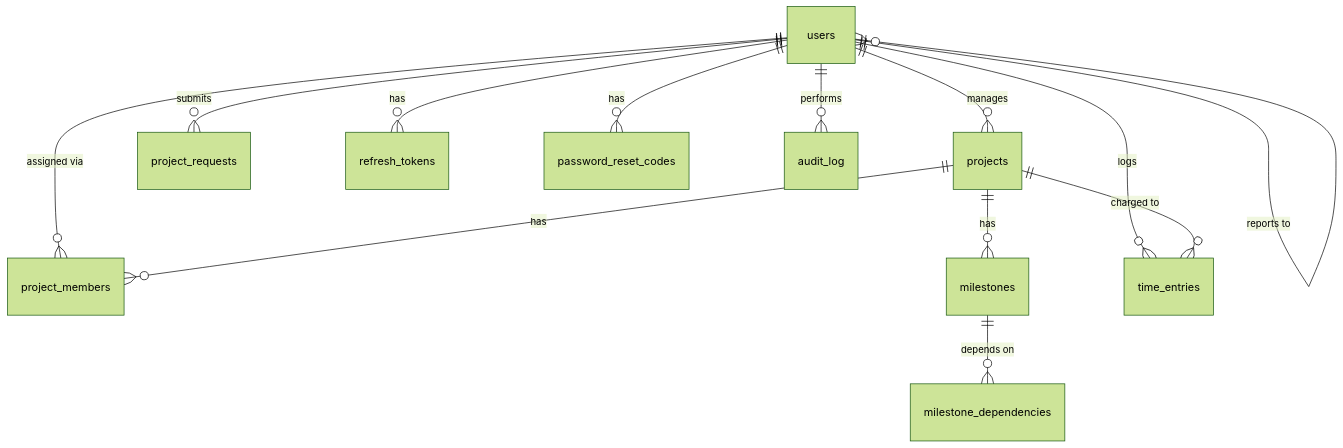
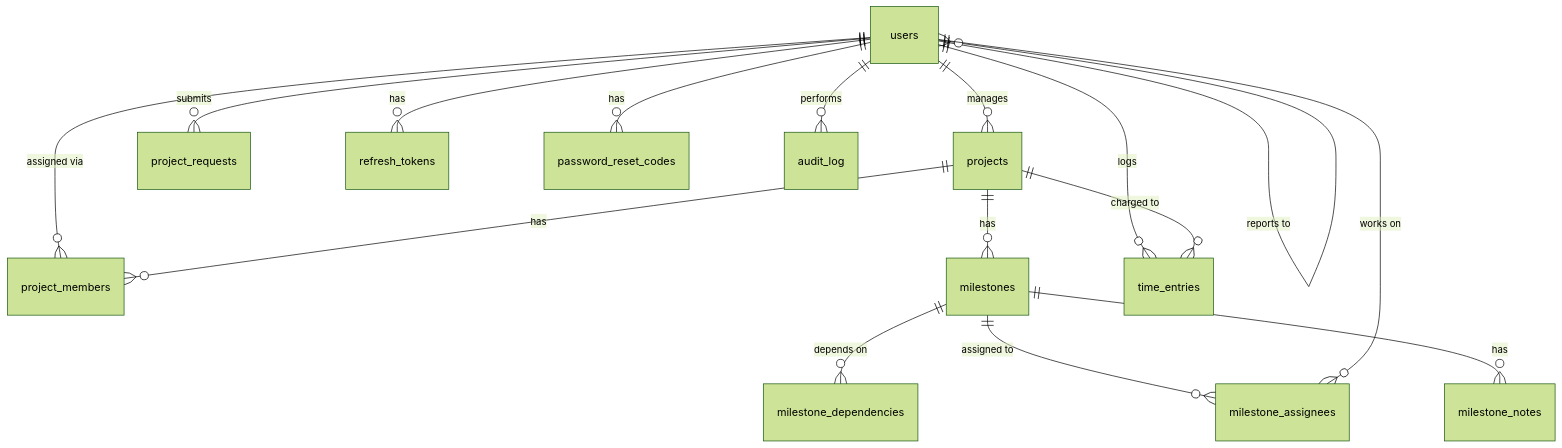
Before and after one commit to RootMoataz/citi-overwatch: the third of 3 diagrams in docs/superpowers/specs/2026-10-13-citi-overwatch-design.md, drawn with Mermaid (forest theme). The commit also changed other lines of this file, not shown here.

Commit message:
Spec: milestone assignees, employee milestone rights, admin inherits manager privileges

````diff
--- a/docs/superpowers/specs/2026-10-13-citi-overwatch-design.md
+++ b/docs/superpowers/specs/2026-10-13-citi-overwatch-design.md
@@ -266,15 +279,18 @@
 ```mermaid
 erDiagram
   users ||--o{ users : "reports to"
   users ||--o{ projects : manages
   users ||--o{ project_members : "assigned via"
   projects ||--o{ project_members : has
   projects ||--o{ milestones : has
   milestones ||--o{ milestone_dependencies : "depends on"
+  milestones ||--o{ milestone_assignees : "assigned to"
+  users ||--o{ milestone_assignees : "works on"
+  milestones ||--o{ milestone_notes : has
   users ||--o{ time_entries : logs
   projects ||--o{ time_entries : "charged to"
   users ||--o{ project_requests : submits
   users ||--o{ refresh_tokens : has
   users ||--o{ password_reset_codes : has
   users ||--o{ audit_log : performs
 ```
````
